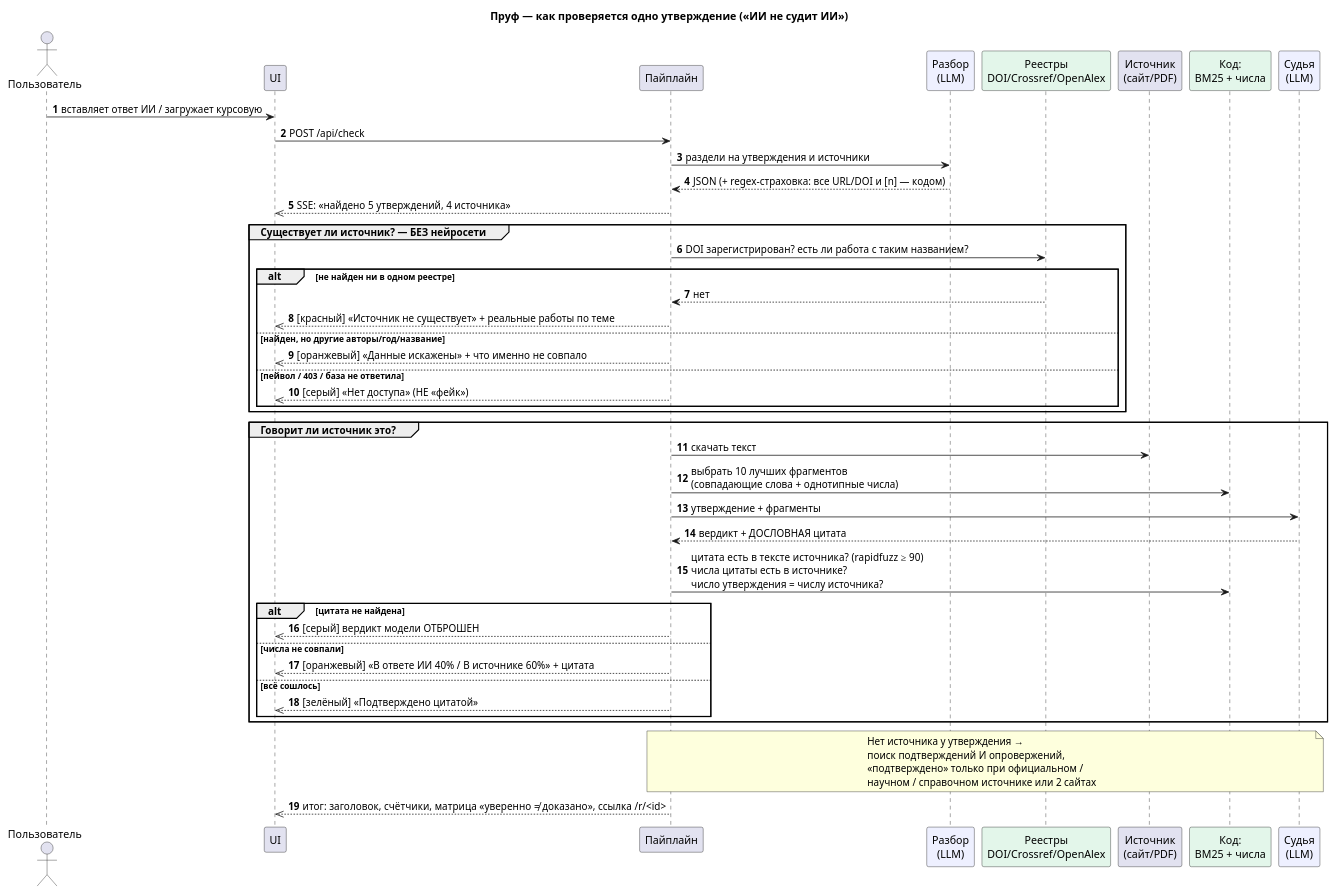
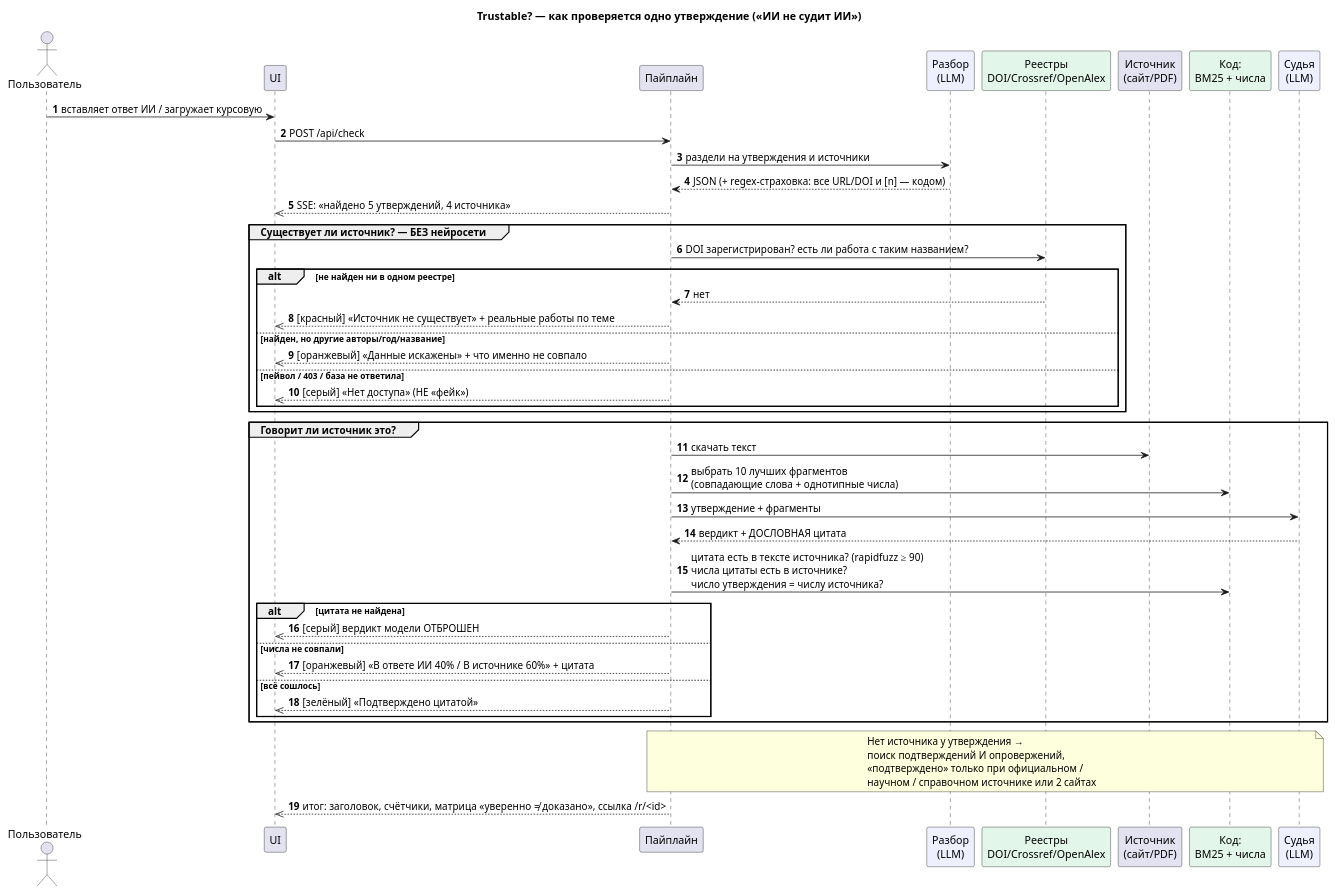
One commit to nvrrmindd/AITrust changed the diagram in docs/uml/3-sequence.puml. Above: the diagram before and after it, drawn with PlantUML. The commit also changed 15 other files, not shown here.

```diff
--- a/docs/uml/3-sequence.puml
+++ b/docs/uml/3-sequence.puml
@@ -1,54 +1,54 @@
 @startuml sequence
-title Пруф — как проверяется одно утверждение («ИИ не судит ИИ»)
+title Trustable? — как проверяется одно утверждение («ИИ не судит ИИ»)
 skinparam shadowing false
 autonumber
 actor Пользователь as U
 participant "UI" as UI
 participant "Пайплайн" as P
 participant "Разбор\n(LLM)" as EXT #EEF0FF
 participant "Реестры\nDOI/Crossref/OpenAlex" as REG #E3F6EA
 participant "Источник\n(сайт/PDF)" as WEB
 participant "Код:\nBM25 + числа" as CODE #E3F6EA
 participant "Судья\n(LLM)" as J #EEF0FF
 
 U -> UI : вставляет ответ ИИ / загружает курсовую
 UI -> P : POST /api/check
 P -> EXT : раздели на утверждения и источники
 EXT --> P : JSON (+ regex-страховка: все URL/DOI и [n] — кодом)
 UI <<-- P : SSE: «найдено 5 утверждений, 4 источника»
 
 group Существует ли источник? — БЕЗ нейросети
   P -> REG : DOI зарегистрирован? есть ли работа с таким названием?
   alt не найден ни в одном реестре
     REG --> P : нет
     UI <<-- P : [красный] «Источник не существует» + реальные работы по теме
   else найден, но другие авторы/год/название
     UI <<-- P : [оранжевый] «Данные искажены» + что именно не совпало
   else пейвол / 403 / база не ответила
     UI <<-- P : [серый] «Нет доступа» (НЕ «фейк»)
   end
 end
 
 group Говорит ли источник это?
   P -> WEB : скачать текст
   P -> CODE : выбрать 10 лучших фрагментов\n(совпадающие слова + однотипные числа)
   P -> J : утверждение + фрагменты
   J --> P : вердикт + ДОСЛОВНАЯ цитата
   P -> CODE : цитата есть в тексте источника? (rapidfuzz ≥ 90)\nчисла цитаты есть в источнике?\nчисло утверждения = числу источника?
   alt цитата не найдена
     UI <<-- P : [серый] вердикт модели ОТБРОШЕН
   else числа не совпали
     UI <<-- P : [оранжевый] «В ответе ИИ 40% / В источнике 60%» + цитата
   else всё сошлось
     UI <<-- P : [зелёный] «Подтверждено цитатой»
   end
 end
 
 note over P, J
   Нет источника у утверждения →
   поиск подтверждений И опровержений,
   «подтверждено» только при официальном /
   научном / справочном источнике или 2 сайтах
 end note
 UI <<-- P : итог: заголовок, счётчики, матрица «уверенно ≠ доказано», ссылка /r/<id>
 @enduml
```
